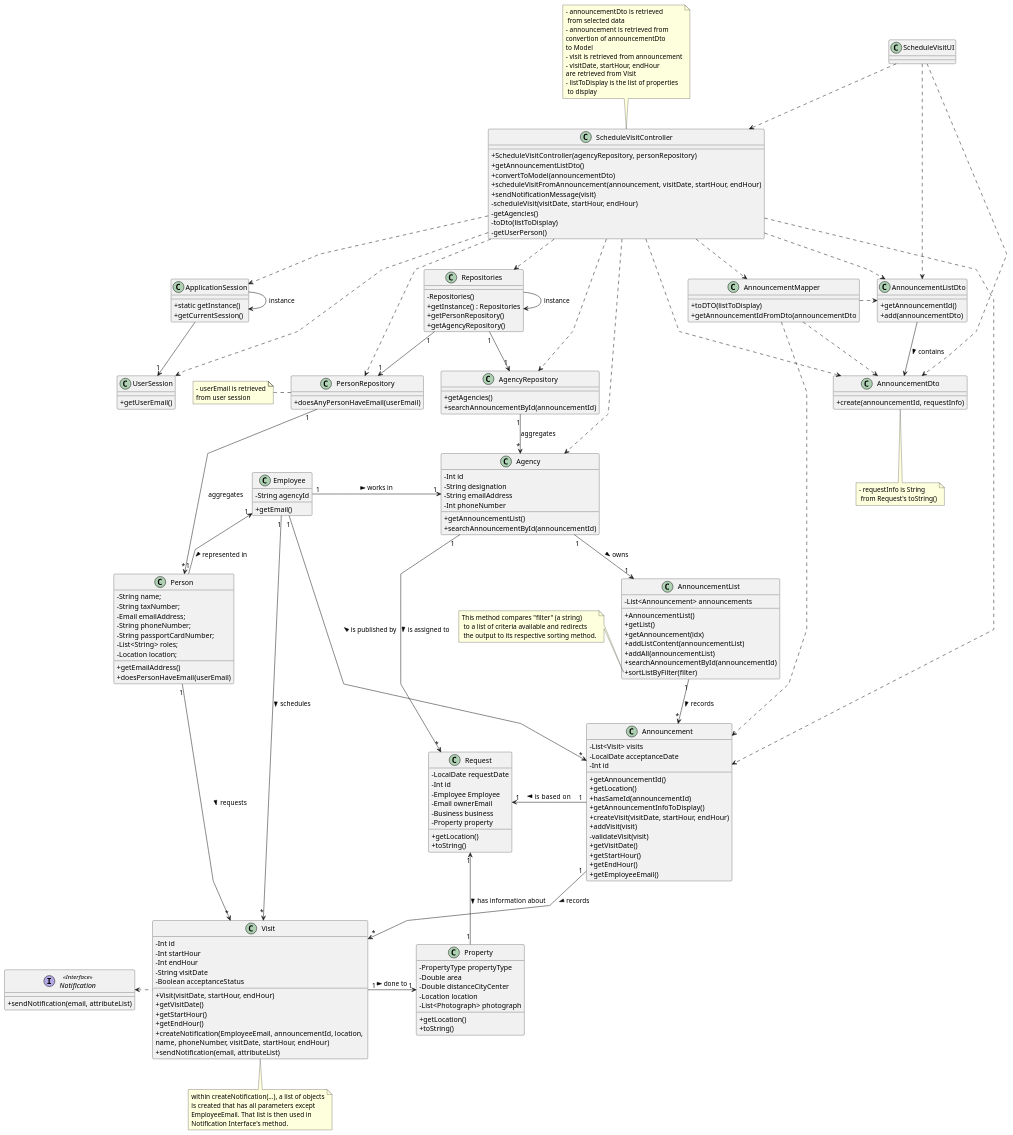
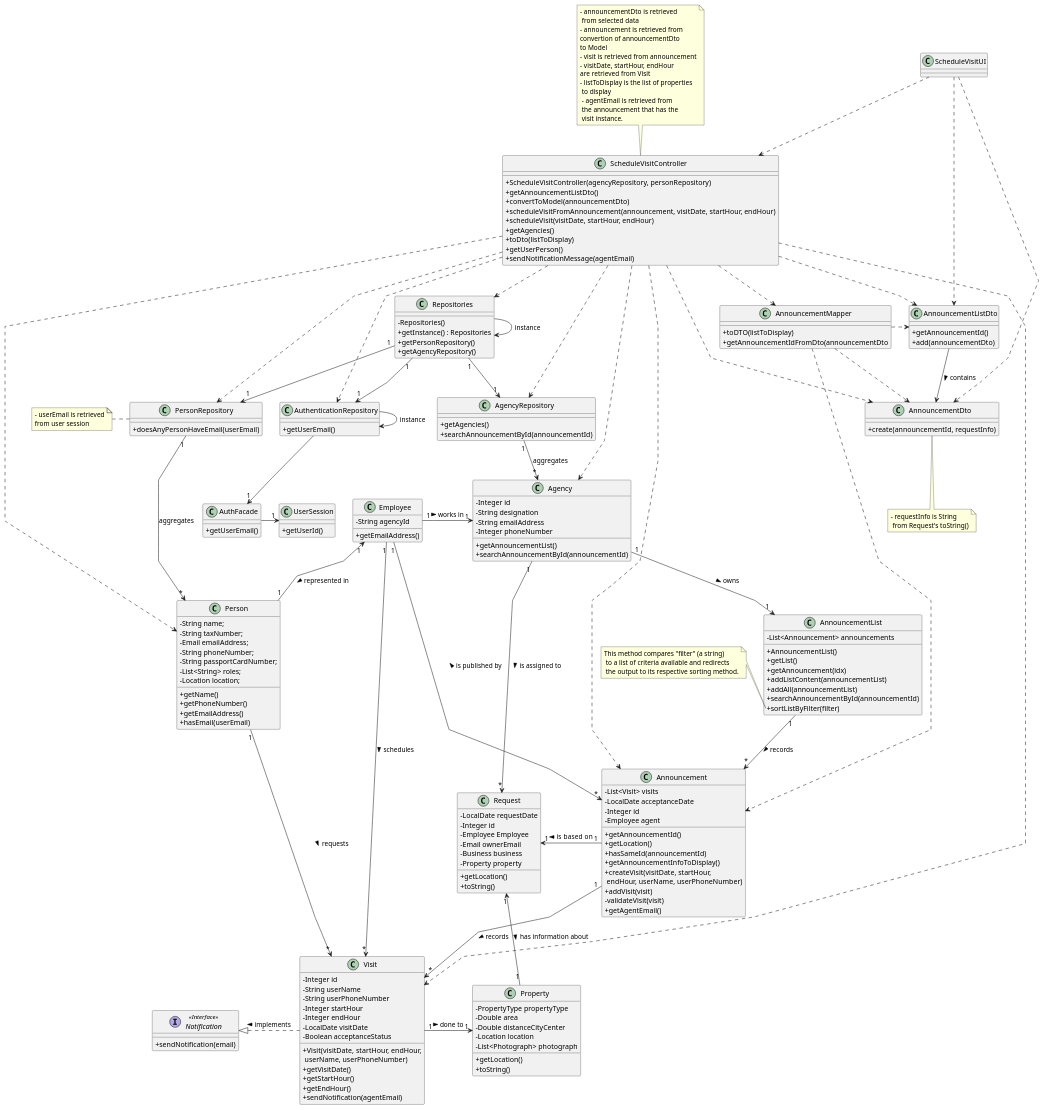
One commit to rita-barbosa/LAPR2-2223 changed the diagram in docs/sprintC/us009/03.design/puml/us009-class-diagram.puml. Above: the diagram before and after it, drawn with PlantUML. The commit also changed 2 other files, not shown here.

Commit message:
Class Diagram update [US009] [Design]

```diff
--- a/docs/sprintC/us009/03.design/puml/us009-class-diagram.puml
+++ b/docs/sprintC/us009/03.design/puml/us009-class-diagram.puml
@@ -9,53 +9,46 @@
 
 'left to right direction
 
-class ApplicationSession
+class AuthenticationRepository
 {
-    + static getInstance()
-    + getCurrentSession()
+    + getUserEmail()
+}
+
+class AuthFacade
+{
+    + getUserEmail()
 }
 
 class UserSession
 {
-    + getUserEmail()
+    + getUserId()
 }
 
 class Visit {
-    - Int id
-    - Int startHour
-    - Int endHour
-    - String visitDate
+    - Integer id
+    - String userName
+    - String userPhoneNumber
+    - Integer startHour
+    - Integer endHour
+    - LocalDate visitDate
     - Boolean acceptanceStatus
-    + Visit(visitDate, startHour, endHour)
+    + Visit(visitDate, startHour, endHour,\n userName, userPhoneNumber)
     + getVisitDate()
     + getStartHour()
     + getEndHour()
-    + createNotification(EmployeeEmail, announcementId, location, \nname, phoneNumber, visitDate, startHour, endHour)
-    + sendNotification(email, attributeList)
+    + sendNotification(agentEmail)
 }
-
-note bottom of Visit
-    within createNotification(...), a list of objects
-    is created that has all parameters except
-    EmployeeEmail. That list is then used in
-    Notification Interface's method.
-end note
 
 class AgencyRepository {
     + getAgencies()
     + searchAnnouncementById(announcementId)
 }
 
-'note right of AgencyRepository
-'    - used for displaying
-'     the agencies list
-'end note
-
 class Agency {
-    - Int id
+    - Integer id
     - String designation
     - String emailAddress
-    - Int phoneNumber
+    - Integer phoneNumber
     + getAnnouncementList()
     + searchAnnouncementById(announcementId)
 }
@@ -72,11 +65,11 @@
     + getAnnouncementListDto()
     + convertToModel(announcementDto)
     + scheduleVisitFromAnnouncement(announcement, visitDate, startHour, endHour)
-    + sendNotificationMessage(visit)
-    - scheduleVisit(visitDate, startHour, endHour)
-    - getAgencies()
-    - toDto(listToDisplay)
-    - getUserPerson()
+    + scheduleVisit(visitDate, startHour, endHour)
+    + getAgencies()
+    + toDto(listToDisplay)
+    + getUserPerson()
+    + sendNotificationMessage(agentEmail)
 }
 
 note top of ScheduleVisitController
@@ -90,6 +83,9 @@
     are retrieved from Visit
     - listToDisplay is the list of properties
      to display
+     - agentEmail is retrieved from
+     the announcement that has the
+     visit instance.
 end note
 
 class ScheduleVisitUI {
@@ -98,18 +94,16 @@
 class Announcement {
     - List<Visit> visits
     - LocalDate acceptanceDate
-    - Int id
+    - Integer id
+    - Employee agent
     + getAnnouncementId()
     + getLocation()
     + hasSameId(announcementId)
     + getAnnouncementInfoToDisplay()
-    + createVisit(visitDate, startHour, endHour)
+    + createVisit(visitDate, startHour,\n endHour, userName, userPhoneNumber)
     + addVisit(visit)
     - validateVisit(visit)
-    + getVisitDate()
-    + getStartHour()
-    + getEndHour()
-    + getEmployeeEmail()
+    + getAgentEmail()
 
 }
 
@@ -152,7 +146,7 @@
 
 class Request{
     - LocalDate requestDate
-    - Int id
+    - Integer id
     - Employee Employee
     - Email ownerEmail
     - Business business
@@ -179,7 +173,7 @@
 
 class Employee{
     - String agencyId
-    + getEmail()
+    + getEmailAddress()
 }
 
 class Person{
@@ -190,8 +184,10 @@
     - String passportCardNumber;
     - List<String> roles;
     - Location location;
+    + getName()
+    + getPhoneNumber()
     + getEmailAddress()
-    + doesPersonHaveEmail(userEmail)
+    + hasEmail(userEmail)
 }
 
 class PersonRepository {
@@ -203,8 +199,8 @@
     from user session
 end note
 
-interface Notification << Interface >> {
-    + sendNotification(email, attributeList)
+Interface Notification << Interface >> {
+    + sendNotification(email)
 }
 
 'RELATIONS
@@ -213,19 +209,21 @@
 
 Repositories -> Repositories : instance
 
-ApplicationSession -> ApplicationSession : instance
+AuthenticationRepository -> AuthenticationRepository : instance
 
-ApplicationSession --> "1" UserSession
+AuthenticationRepository --> "1" AuthFacade
 
-ScheduleVisitController ..> ApplicationSession
+AuthFacade -right-> "1" UserSession
 
-ScheduleVisitController .> UserSession
+ScheduleVisitController ..> AuthenticationRepository
 
 ScheduleVisitController ..> Repositories
 
 Repositories "1" --> "1" PersonRepository
 
 Repositories "1" --> "1" AgencyRepository
+
+Repositories "1" --> "1" AuthenticationRepository
 
 ScheduleVisitController ..> PersonRepository
 
@@ -237,6 +235,9 @@
 
 PersonRepository "1" --> "*" Person : aggregates
 
+ScheduleVisitController ..> Person
+
+ScheduleVisitController ..> Visit
 
 ScheduleVisitController .> Announcement
 
@@ -271,6 +272,6 @@
 'Request "1" -left "1" Business: is described by >
 Announcement "1" -left-> "1" Request : is  based on >
 Agency "1" --> "*" Request : is assigned to >
-Visit .left> Notification
+Visit .up|> Notification : implements >
 
 @enduml
```
